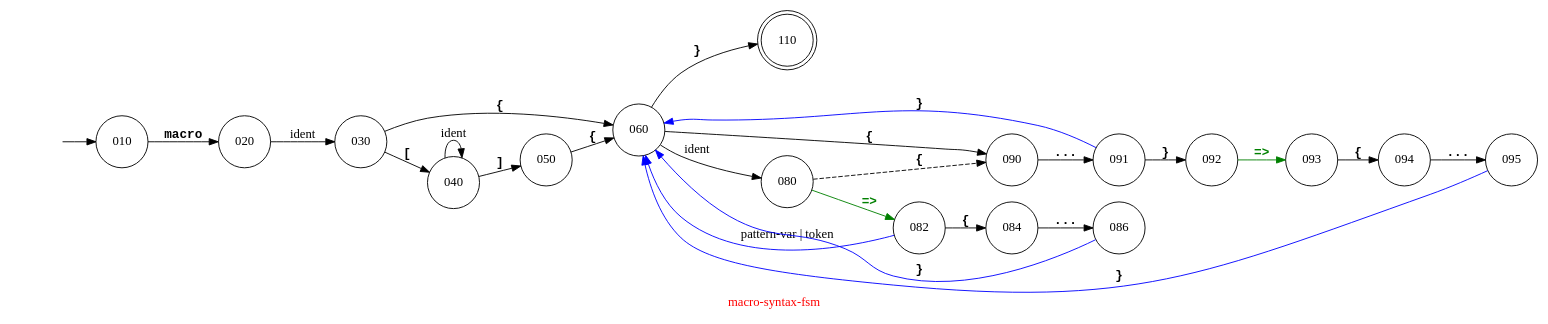
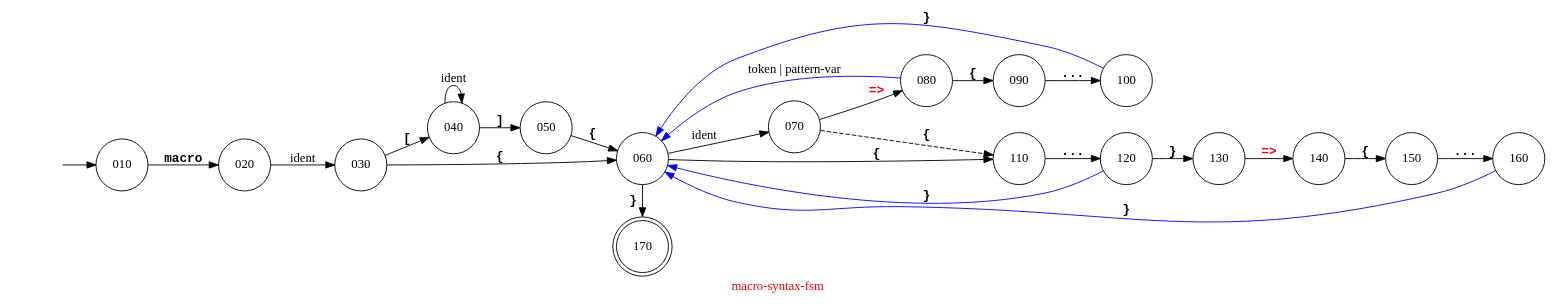
Before and after one commit to Ayyzee/dakota: the diagram in src/macro-system-parser/macro-syntax-fsm.dot, drawn with Graphviz.

Commit message:
Lots of improvements in the grammar.

```diff
--- a/src/macro-system-parser/macro-syntax-fsm.dot
+++ b/src/macro-system-parser/macro-syntax-fsm.dot
@@ -1,61 +1,63 @@
-// Copyright (C) 2007, 2008 Robert Nielsen <robert@dakota.org>
+// Copyright (C) 2007 - 2015 Robert Nielsen <robert@dakota.org>
 //
 // Licensed under the Apache License, Version 2.0 (the "License");
 // you may not use this file except in compliance with the License.
 // You may obtain a copy of the License at
 //
 //      http://www.apache.org/licenses/LICENSE-2.0
 //
 // Unless required by applicable law or agreed to in writing, software
 // distributed under the License is distributed on an "AS IS" BASIS,
 // WITHOUT WARRANTIES OR CONDITIONS OF ANY KIND, either express or implied.
 // See the License for the specific language governing permissions and
 // limitations under the License.
 
 digraph "macro-syntax-fsm"
 {
   graph [ label = "\G", fontcolor = red ];
   graph [ rankdir = "LR",
           center = true,
           //size = "7.5,10",
-          //fontname = "courier",
-          //concentrate = true,
           ];
 
   //node [ shape = circle, label = "", width = 0.25 ];
   // OR
   node [ shape = circle ];
 
-  edge [ fontname = "courier-italic" ];
+  edge [ fontname = "courier" ];
 
   000 [ style = invis ];
-  110 [ shape = doublecircle ];
+  170 [ shape = doublecircle ];
 
   000 -> 010;
   010 -> 020 [ label = "macro", fontname = "courier-bold" ];
-  020 -> 030 [ label = "ident" ];
+  020 -> 030 [ label = "ident", fontname = "courier-italic" ];
   030 -> 040 [ label = "[", fontname = "courier-bold" ];
   030 -> 060 [ label = "{", fontname = "courier-bold" ];
-  040 -> 040 [ label = "ident" ];
+  040 -> 040 [ label = "ident", fontname = "courier-italic" ];
   040 -> 050 [ label = "]", fontname = "courier-bold" ];
   050 -> 060 [ label = "{", fontname = "courier-bold" ];
 
-  060 -> 080 [ label = "ident" ];
-  060 -> 110 [ label = "}", fontname = "courier-bold" ];
-  060 -> 090 [ label = "{", fontname = "courier-bold" ];
-  080 -> 090 [ label = "{", fontname = "courier-bold", style = dashed ];
-  080 -> 082 [ label = "=>", fontname = "courier-bold", fontcolor = green, color = green  ];
-  082 -> 060 [ label = "pattern-var | token", color = blue, weight = 0.0 ]; // back
-  082 -> 084 [ label = "{", fontname = "courier-bold" ];
-  084 -> 086 [ label = "...", fontname = "courier-bold" ];
-  086 -> 060 [ label = "}", color = blue, fontname = "courier-bold", weight = 0.0 ]; // back
-  090 -> 091 [ label = "...", fontname = "courier-bold" ];
-  091 -> 092 [ label = "}", fontname = "courier-bold" ];
-  092 -> 093 [ label = "=>", fontname = "courier-bold", fontcolor = green, color = green  ];
-  091 -> 060 [ label = "}", color = blue, fontname = "courier-bold", weight = 0.0 ]; // back
-  093 -> 094 [ label = "{", fontname = "courier-bold" ];
-  094 -> 095 [ label = "...", fontname = "courier-bold" ];
-  095 -> 060 [ label = "}", color = blue, fontname = "courier-bold", weight = 0.0 ]; // back
+  060 -> 070 [ label = "ident", fontname = "courier-italic" ];
+  060 -> 110 [ label = "{", fontname = "courier-bold" ];
+  060 -> 170 [ label = "}", fontname = "courier-bold" ];
+  070 -> 080 [ label = "=>", fontname = "courier-bold", fontcolor = red ];
+  070 -> 110 [ label = "{", fontname = "courier-bold", style = dashed ];
+  080 -> 060 [ label = "token | pattern-var", fontname = "courier-italic", color = blue, weight = 0.0 ]; // back
 
-  subgraph { graph [ rank = same ]; 084; 090; }
+  080 -> 090 [ label = "{", fontname = "courier-bold" ];
+  090 -> 100 [ label = "...", fontname = "courier-bold" ];
+  100 -> 060 [ label = "}", fontname = "courier-bold", color = blue, weight = 0.0 ]; // back
+  
+  110 -> 120 [ label = "...", fontname = "courier-bold" ];
+  120 -> 130 [ label = "}", fontname = "courier-bold" ];
+  120 -> 060 [ label = "}", fontname = "courier-bold", color = blue, weight = 0.0 ]; // back
+  
+  130 -> 140 [ label = "=>", fontname = "courier-bold", fontcolor = red ];
+  140 -> 150 [ label = "{", fontname = "courier-bold" ];
+  150 -> 160 [ label = "...", fontname = "courier-bold" ];
+  160 -> 060 [ label = "}", fontname = "courier-bold", color = blue, weight = 0.0 ]; // back
+
+  subgraph { graph [ rank = same ]; 060; 170; }
+  subgraph { graph [ rank = same ]; 090; 110; }
 }
```
